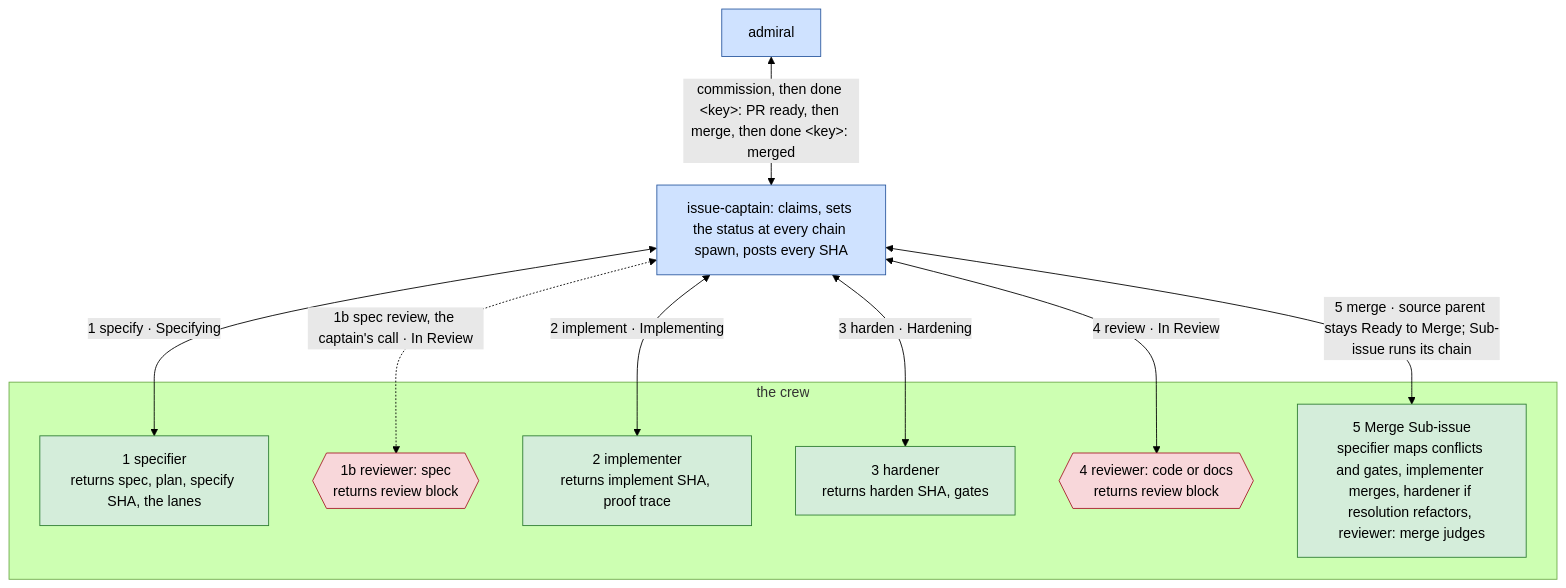
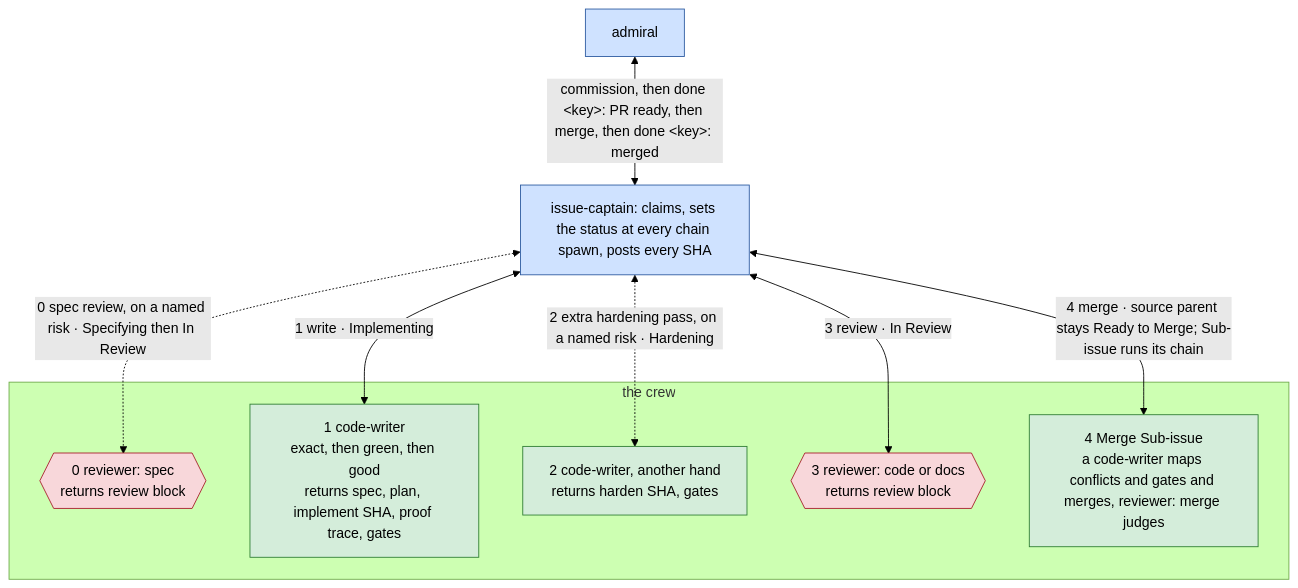
One commit to bodnarbalazs/dydo changed the second of 12 diagrams in dydo/understand/control-flow.md. Above: the diagram before and after it, drawn with Mermaid (forest theme). The commit also changed other lines of this file and 43 other files, not shown here.

First line of the commit message:
DYD-222 implement: consolidate specifier, implementer and hardener into one code-writer skill

````diff
--- a/dydo/understand/control-flow.md
+++ b/dydo/understand/control-flow.md
@@ -138,22 +136,20 @@
 ```mermaid
 flowchart TD
   classDef hat fill:#cfe2ff,stroke:#2c5aa0,color:#000
   classDef worker fill:#d4edda,stroke:#2e7d32,color:#000
   classDef reviewer fill:#f8d7da,stroke:#a71d2a,color:#000
 
   AD[admiral]:::hat <-->|"commission, then done &lt;key&gt;: PR ready, then merge, then done &lt;key&gt;: merged"| IC[issue-captain: claims, sets the status at every chain spawn, posts every SHA]:::hat
-  IC <-->|"1 specify · Specifying"| SP
-  IC <-.->|"1b spec review, the captain's call · In Review"| RS
-  IC <-->|"2 implement · Implementing"| IM
-  IC <-->|"3 harden · Hardening"| HD
-  IC <-->|"4 review · In Review"| RC
-  IC <-->|"5 merge · source parent stays Ready to Merge; Sub-issue runs its chain"| MG
+  IC <-.->|"0 spec review, on a named risk · Specifying then In Review"| RS
+  IC <-->|"1 write · Implementing"| CW
+  IC <-.->|"2 extra hardening pass, on a named risk · Hardening"| HD
+  IC <-->|"3 review · In Review"| RC
+  IC <-->|"4 merge · source parent stays Ready to Merge; Sub-issue runs its chain"| MG
   subgraph CREW [the crew]
-    SP[1 specifier<br>returns spec, plan, specify SHA, the lanes]:::worker
-    RS{{1b reviewer: spec<br>returns review block}}:::reviewer
-    IM[2 implementer<br>returns implement SHA, proof trace]:::worker
-    HD[3 hardener<br>returns harden SHA, gates]:::worker
-    RC{{4 reviewer: code or docs<br>returns review block}}:::reviewer
-    MG[5 Merge Sub-issue<br>specifier maps conflicts and gates, implementer merges, hardener if resolution refactors, reviewer: merge judges]:::worker
+    RS{{0 reviewer: spec<br>returns review block}}:::reviewer
+    CW[1 code-writer<br>exact, then green, then good<br>returns spec, plan, implement SHA, proof trace, gates]:::worker
+    HD[2 code-writer, another hand<br>returns harden SHA, gates]:::worker
+    RC{{3 reviewer: code or docs<br>returns review block}}:::reviewer
+    MG[4 Merge Sub-issue<br>a code-writer maps conflicts and gates and merges, reviewer: merge judges]:::worker
   end
 ```
````
